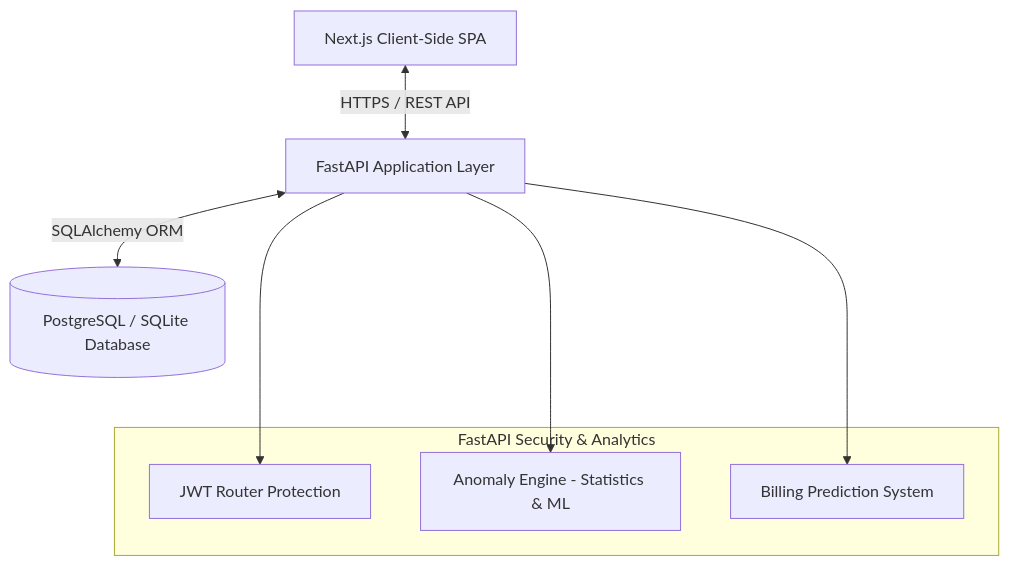
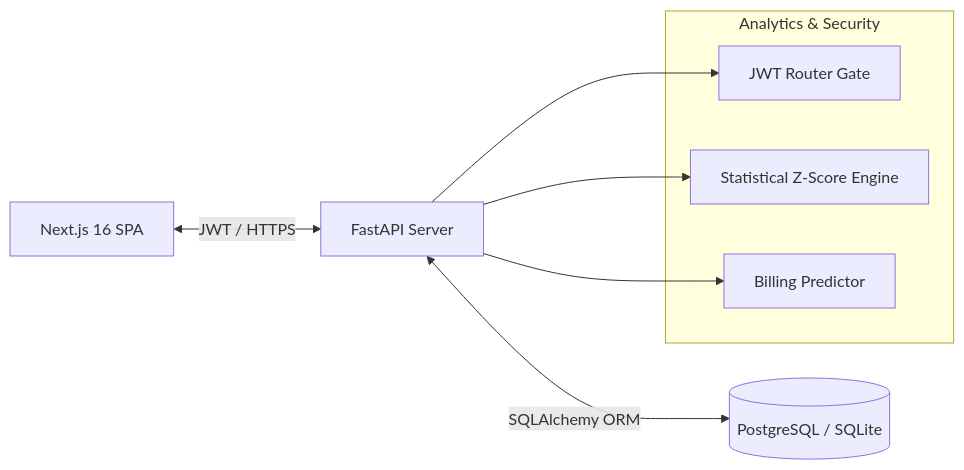
The diagram in README.md (codetechmango/smart-electricity-system), drawn with Mermaid before and after one commit. The commit also changed other lines of this file, not shown here.

````diff
--- a/README.md
+++ b/README.md
@@ -13,15 +18,14 @@
 ```mermaid
-graph TD
-    Client[Next.js Client-Side SPA] <-->|HTTPS / REST API| API[FastAPI Application Layer]
-    API <-->|SQLAlchemy ORM| DB[(PostgreSQL / SQLite Database)]
+graph LR
+    Client[Next.js 16 SPA] <-->|JWT / HTTPS| API[FastAPI Server]
+    API <-->|SQLAlchemy ORM| DB[(PostgreSQL / SQLite)]
     
-    subgraph FastAPI Security & Analytics
-        JWT[JWT Router Protection]
-        Anom[Anomaly Engine - Statistics & ML]
-        Bill[Billing Prediction System]
+    subgraph Analytics & Security
+        JWT[JWT Router Gate]
+        Anomaly[Statistical Z-Score Engine]
+        Billing[Billing Predictor]
     end
-    
-    API ---> JWT
-    API ---> Anom
-    API ---> Bill
+    API --> JWT
+    API --> Anomaly
+    API --> Billing
 ```
````
